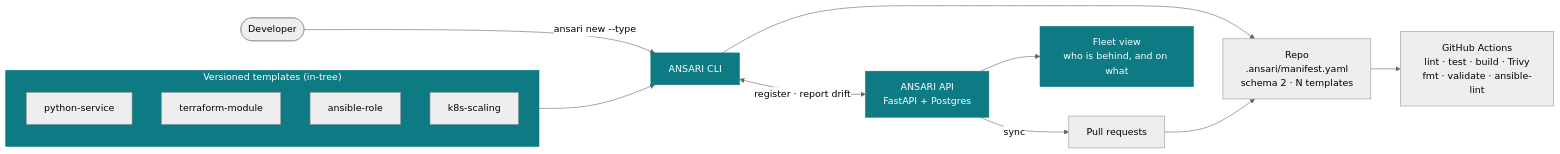
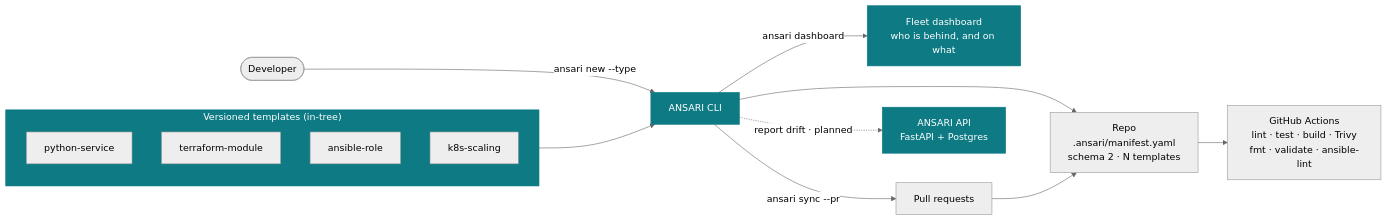
One commit to sameeralam3127/ansari changed the first of 4 diagrams in README.md. Above: the diagram before and after it, drawn with Mermaid (neutral theme). The commit also changed other lines of this file and 17 other files, not shown here.

First line of the commit message:
feat: fleet dashboard and `make demo` (#34)

````diff
--- a/README.md
+++ b/README.md
@@ -92,22 +95,22 @@
 ```mermaid
 flowchart LR
     dev([Developer]) -->|ansari new --type| cli[ANSARI CLI]
 
     subgraph tpl["Versioned templates (in-tree)"]
         t1[python-service]
         t2[terraform-module]
         t3[ansible-role]
         t4[k8s-scaling]
     end
 
     tpl --> cli
     cli --> repo[Repo\n.ansari/manifest.yaml\nschema 2 · N templates]
     repo --> gha[GitHub Actions\nlint · test · build · Trivy\nfmt · validate · ansible-lint]
 
-    cli <-->|register · report drift| api[ANSARI API\nFastAPI + Postgres]
-    api --> dash[Fleet view\nwho is behind, and on what]
-    api -->|sync| prs[Pull requests] --> repo
+    cli -->|ansari dashboard| dash[Fleet dashboard\nwho is behind, and on what]
+    cli -->|ansari sync --pr| prs[Pull requests] --> repo
+    cli -.->|report drift · planned| api[ANSARI API\nFastAPI + Postgres]
 
     classDef ansari fill:#0d7a84,stroke:#0d7a84,color:#fff
     class cli,api,dash,tpl ansari
 ```
````
